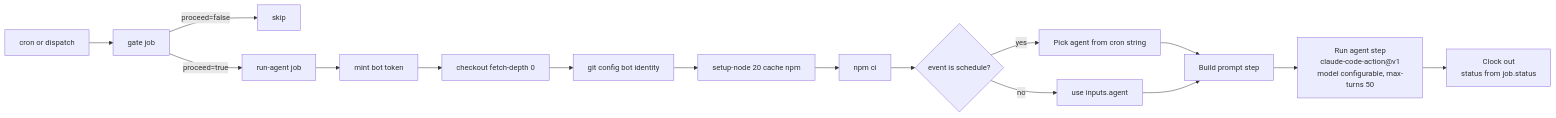
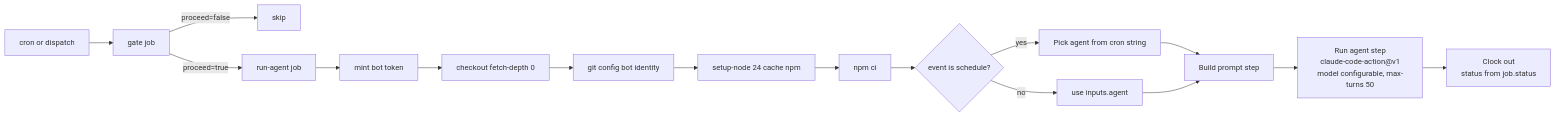
The eighth of 16 diagrams in .github/docs/WORKFLOW_ARCHITECTURE.md (llm-exe/llm-exe), drawn with Mermaid before and after one commit. The commit also changed other lines of this file and 6 other files, not shown here.

````diff
--- a/.github/docs/WORKFLOW_ARCHITECTURE.md
+++ b/.github/docs/WORKFLOW_ARCHITECTURE.md
@@ -609,18 +609,18 @@
 ```mermaid
 flowchart LR
     A[cron or dispatch] --> B[gate job]
     B -->|proceed=false| Z[skip]
     B -->|proceed=true| C[run-agent job]
     C --> D[mint bot token]
     D --> E[checkout fetch-depth 0]
     E --> F[git config bot identity]
-    F --> G[setup-node 20 cache npm]
+    F --> G[setup-node 24 cache npm]
     G --> H[npm ci]
     H --> I{event is schedule?}
     I -->|yes| J[Pick agent from cron string]
     I -->|no| K[use inputs.agent]
     J --> L[Build prompt step]
     K --> L
     L --> M[Run agent step\nclaude-code-action@v1\nmodel configurable, max-turns 50]
     M --> N[Clock out\nstatus from job.status]
 ```
````
